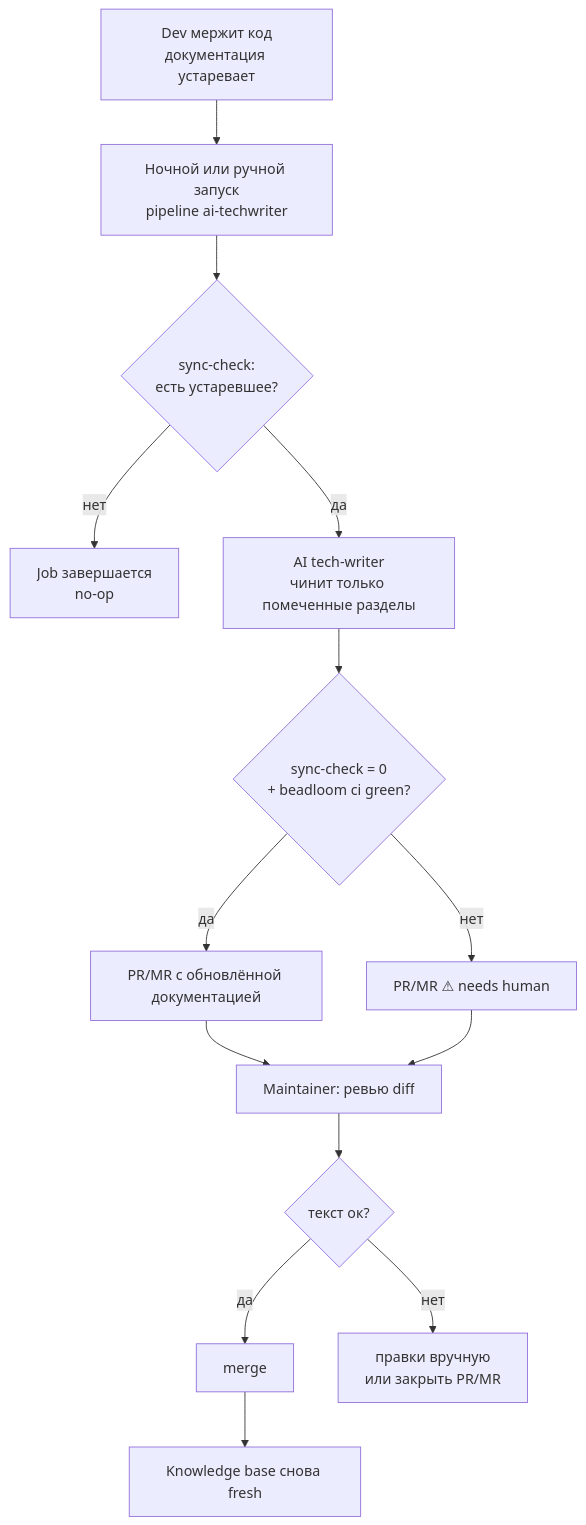
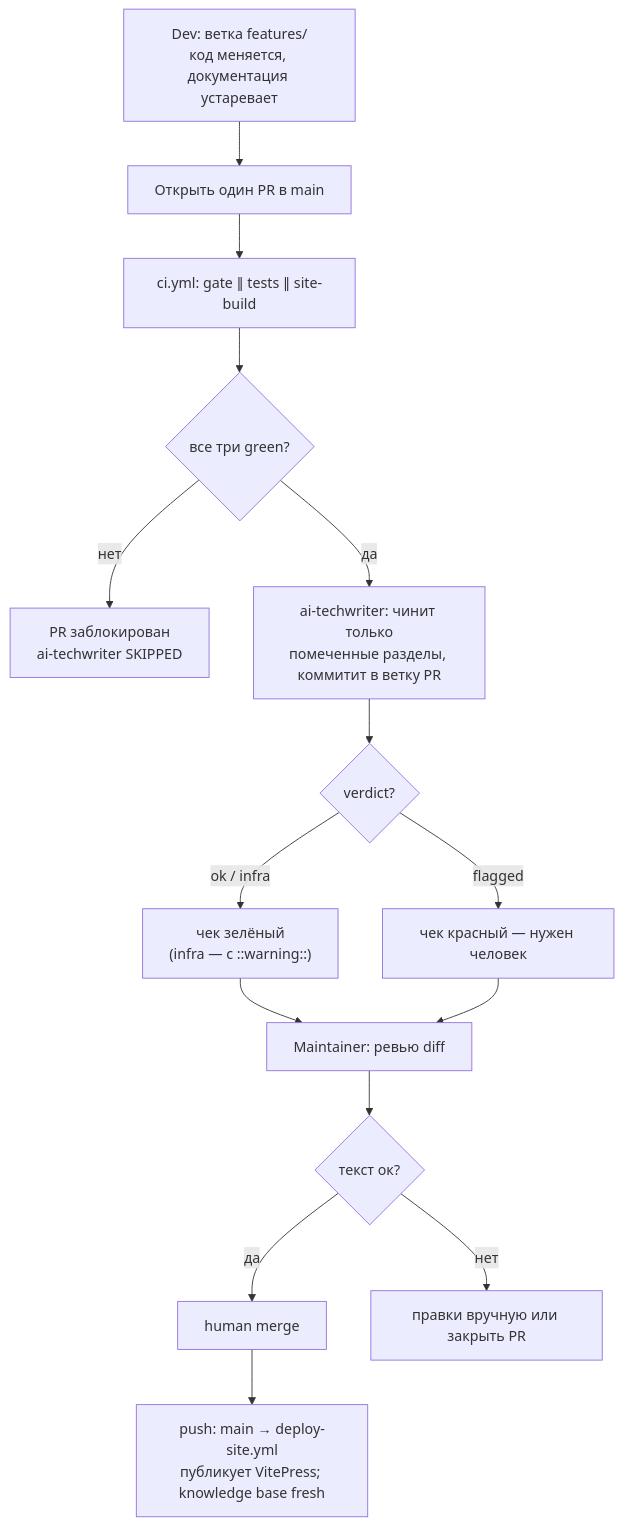
One commit to zoologov/beadloom changed the tenth of 11 diagrams in .claude/development/docs/BDL-AI-AGENTS-ARCHITECTURE.md. Above: the diagram before and after it, drawn with Mermaid. The commit also changed other lines of this file and 50 other files, not shown here.

First line of the commit message:
[BDL-050] CI consolidation — one ci.yml (gate∥tests∥site-build → ai-techwriter needs) + AI-TW infra/flagged verdict (#6)

````diff
--- a/.claude/development/docs/BDL-AI-AGENTS-ARCHITECTURE.md
+++ b/.claude/development/docs/BDL-AI-AGENTS-ARCHITECTURE.md
@@ -433,22 +487,22 @@
 ```mermaid
 flowchart TD
-  A["Dev мержит код<br/>документация устаревает"] --> C["Ночной или ручной запуск<br/>pipeline ai-techwriter"]
+  A["Dev: ветка features/<KEY><br/>код меняется, документация устаревает"] --> B["Открыть один PR в main"]
+  B --> C["ci.yml: gate ∥ tests ∥ site-build"]
 
-  C --> D{"sync-check:<br/>есть устаревшее?"}
-  D -->|нет| Z["Job завершается<br/>no-op"]
-  D -->|да| E["AI tech-writer<br/>чинит только помеченные разделы"]
+  C --> D{"все три green?"}
+  D -->|нет| Z["PR заблокирован<br/>ai-techwriter SKIPPED"]
+  D -->|да| E["ai-techwriter: чинит только<br/>помеченные разделы, коммитит в ветку PR"]
 
-  E --> F{"sync-check = 0<br/>+ beadloom ci green?"}
-
-  F -->|да| G["PR/MR с обновлённой документацией"]
-  F -->|нет| H["PR/MR ⚠ needs human"]
+  E --> F{"verdict?"}
+  F -->|ok / infra| G["чек зелёный<br/>(infra — с ::warning::)"]
+  F -->|flagged| H["чек красный — нужен человек"]
 
   G --> I["Maintainer: ревью diff"]
   H --> I
 
   I --> J{"текст ок?"}
-  J -->|да| K["merge"]
-  J -->|нет| L["правки вручную<br/>или закрыть PR/MR"]
+  J -->|да| K["human merge"]
+  J -->|нет| L["правки вручную или закрыть PR"]
 
-  K --> M["Knowledge base снова fresh"]
+  K --> M["push: main → deploy-site.yml<br/>публикует VitePress; knowledge base fresh"]
 ```
````
